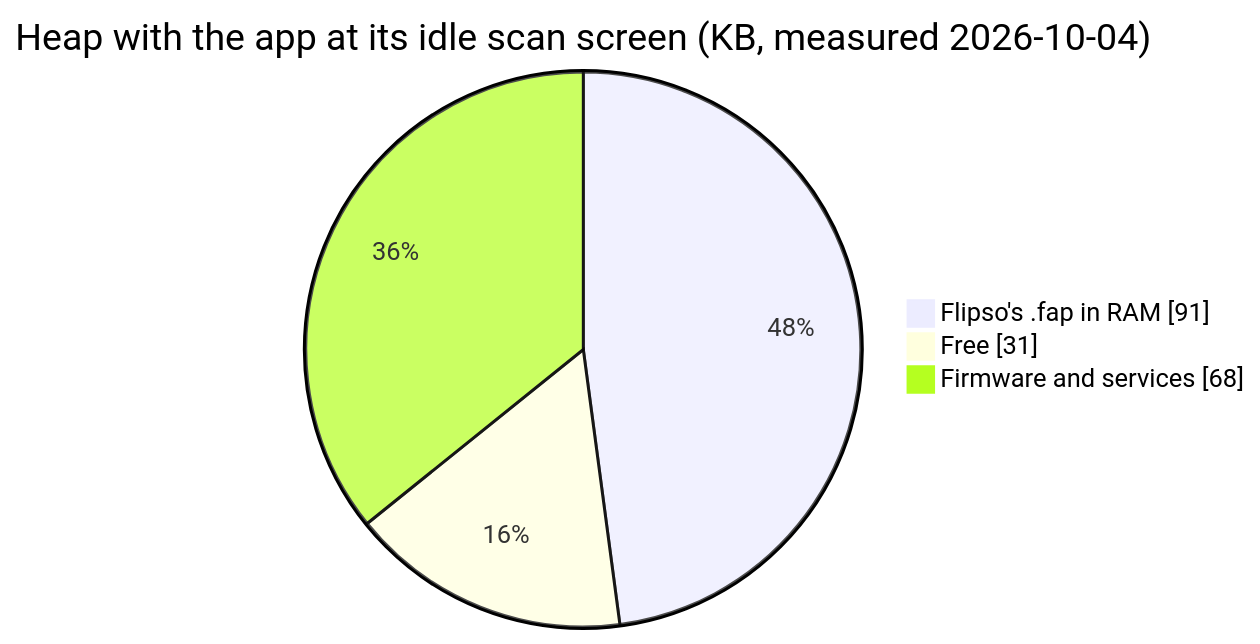
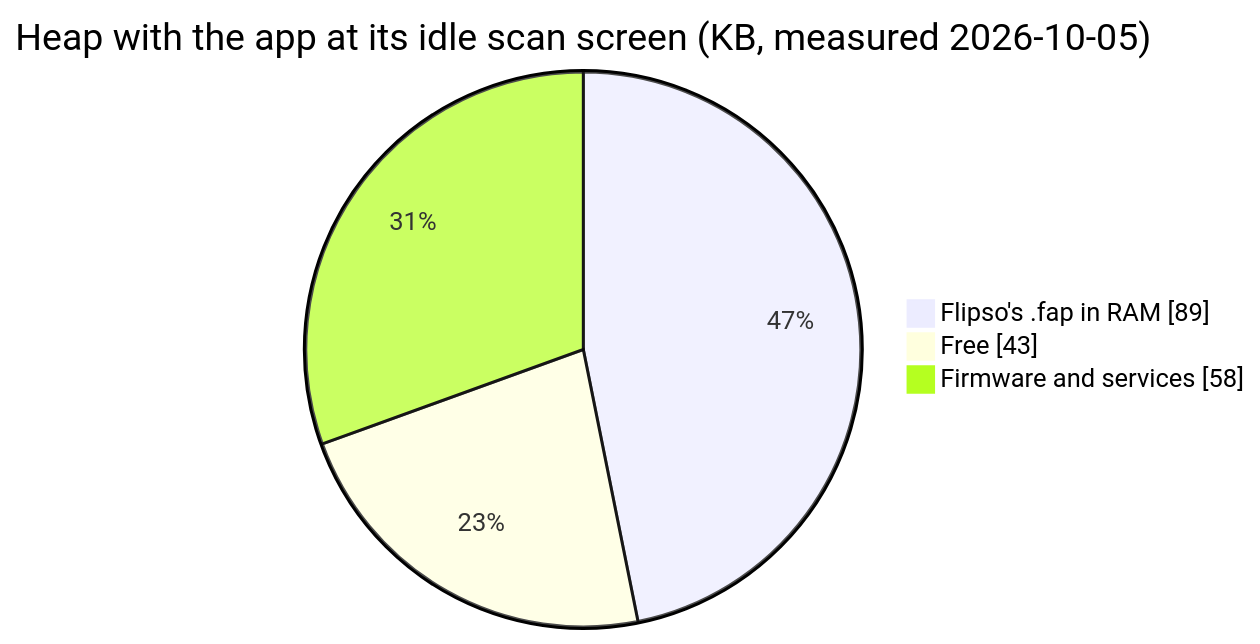
One commit to danielroy96/flipso changed diagram 17 of 18 in docs/ARCHITECTURE.md. Above: the diagram before and after it, drawn with Mermaid. The commit also changed other lines of this file and 3 other files, not shown here.

````diff
--- a/docs/ARCHITECTURE.md
+++ b/docs/ARCHITECTURE.md
@@ -846,6 +852,6 @@
 ```mermaid
-pie showData title Heap with the app at its idle scan screen (KB, measured 2026-10-04)
-    "Flipso's .fap in RAM" : 91
-    "Free" : 31
-    "Firmware and services" : 68
+pie showData title Heap with the app at its idle scan screen (KB, measured 2026-10-05)
+    "Flipso's .fap in RAM" : 89
+    "Free" : 43
+    "Firmware and services" : 58
 ```
````
